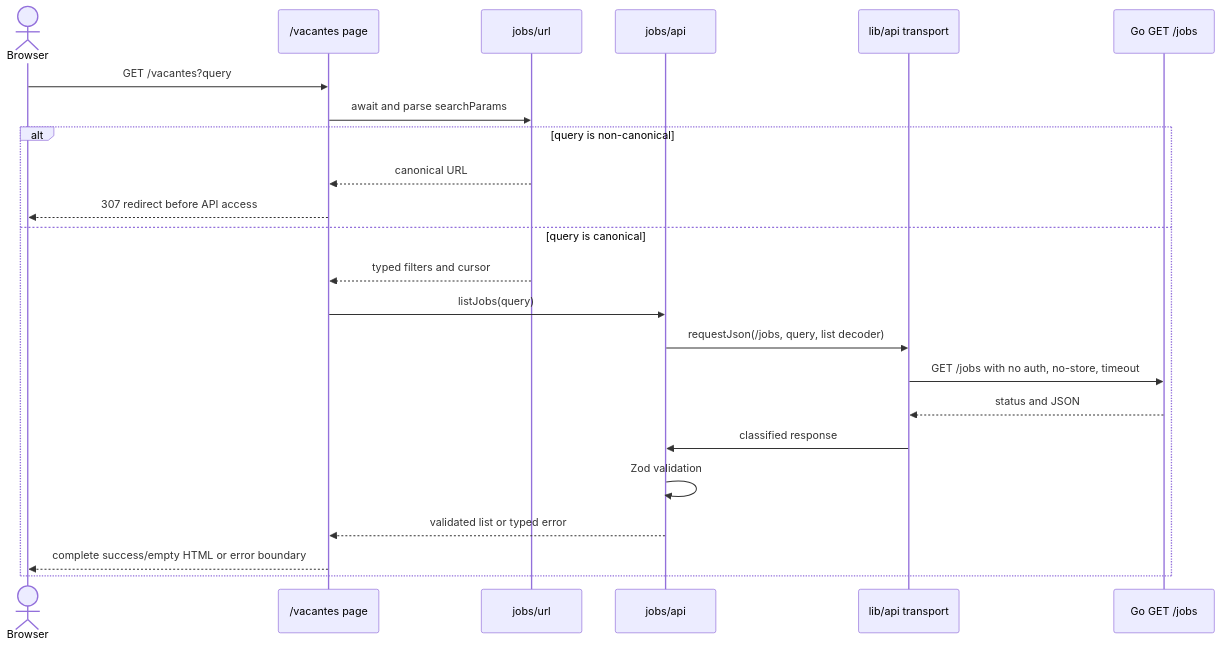
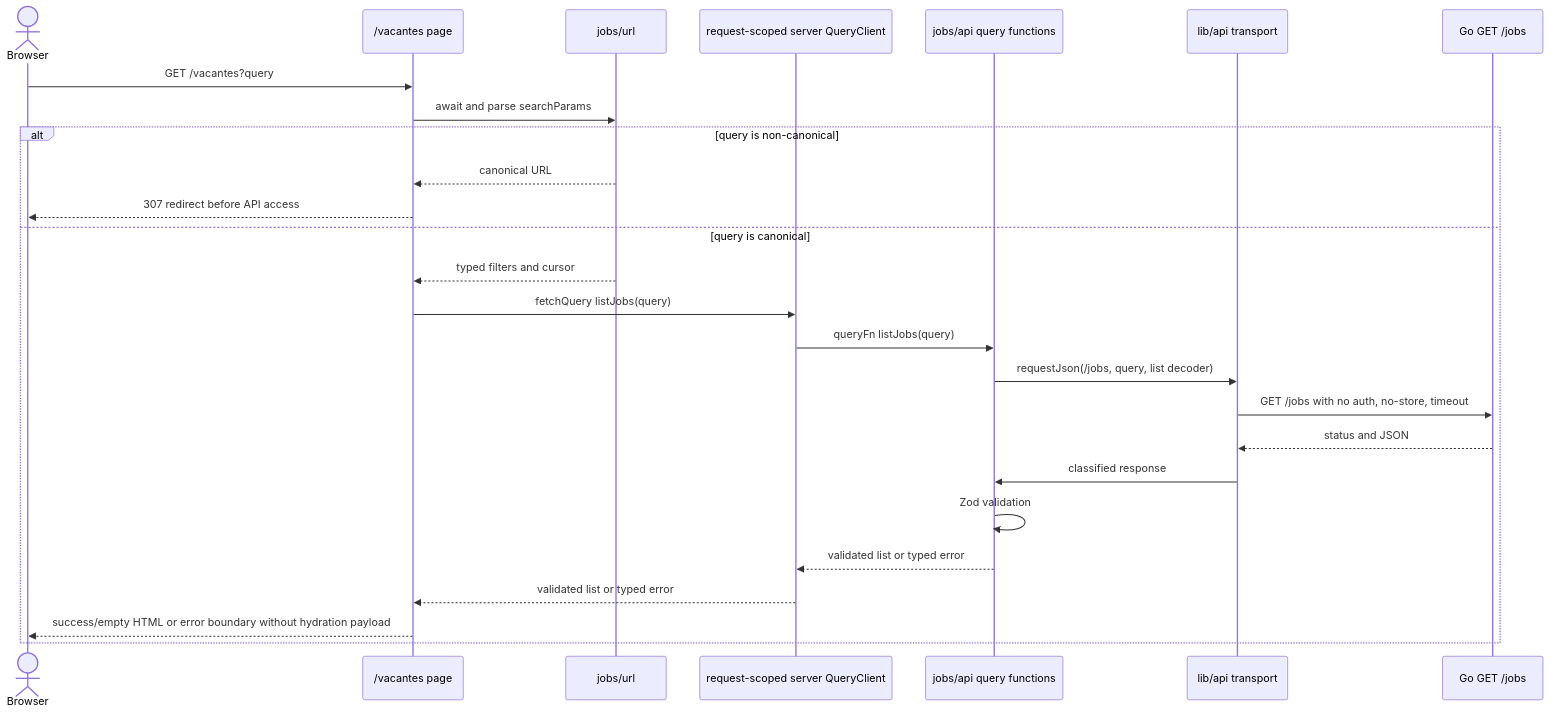
One commit to ALDRICHCODE45/peopleflow-vacantes changed the second of 4 diagrams in openspec/changes/frontend-public-job-discovery/design.md. Above: the diagram before and after it, drawn with Mermaid. The commit also changed other lines of this file and 2 other files, not shown here.

Commit message:
docs(openspec): reconcile frontend API state architecture

````diff
--- a/openspec/changes/frontend-public-job-discovery/design.md
+++ b/openspec/changes/frontend-public-job-discovery/design.md
@@ -207,26 +210,29 @@
 ```mermaid
 sequenceDiagram
     actor B as Browser
     participant P as /vacantes page
     participant U as jobs/url
-    participant J as jobs/api
+    participant Q as request-scoped server QueryClient
+    participant J as jobs/api query functions
     participant T as lib/api transport
     participant A as Go GET /jobs
 
     B->>P: GET /vacantes?query
     P->>U: await and parse searchParams
     alt query is non-canonical
         U-->>P: canonical URL
         P-->>B: 307 redirect before API access
     else query is canonical
         U-->>P: typed filters and cursor
-        P->>J: listJobs(query)
+        P->>Q: fetchQuery listJobs(query)
+        Q->>J: queryFn listJobs(query)
         J->>T: requestJson(/jobs, query, list decoder)
         T->>A: GET /jobs with no auth, no-store, timeout
         A-->>T: status and JSON
         T->>J: classified response
         J->>J: Zod validation
-        J-->>P: validated list or typed error
-        P-->>B: complete success/empty HTML or error boundary
+        J-->>Q: validated list or typed error
+        Q-->>P: validated list or typed error
+        P-->>B: success/empty HTML or error boundary without hydration payload
     end
 ```
````
